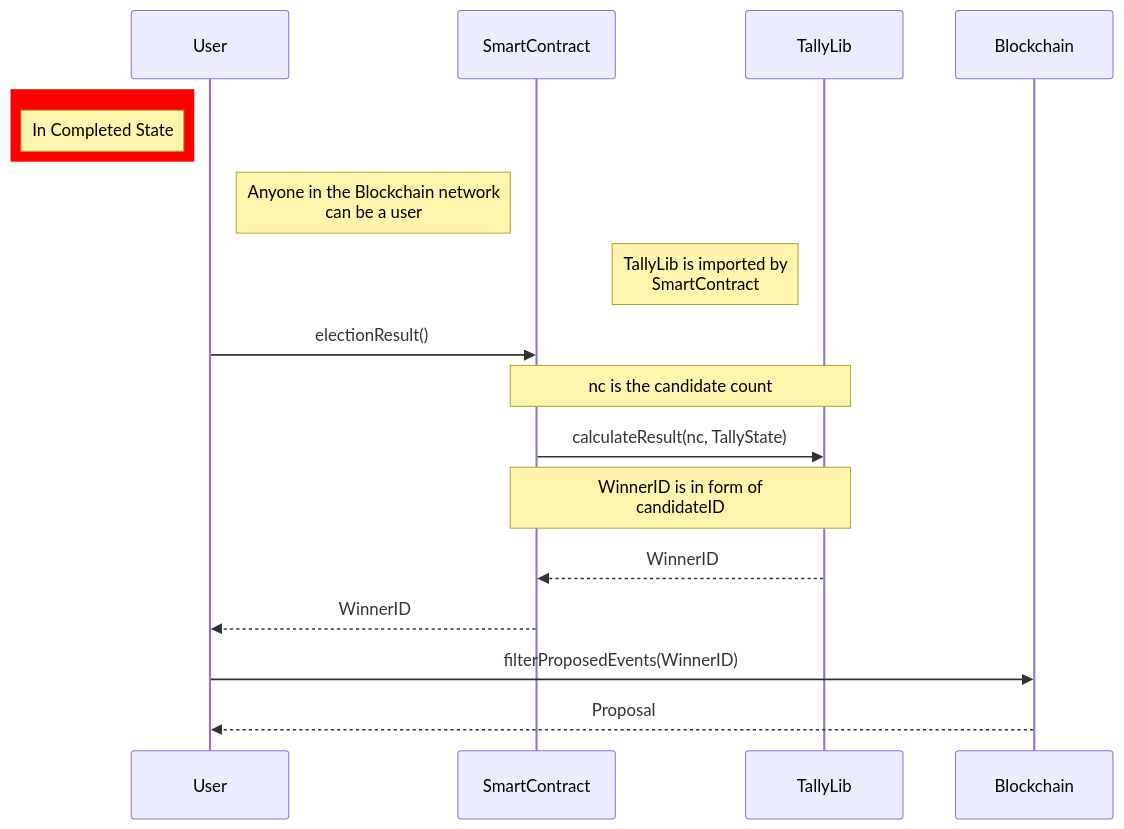
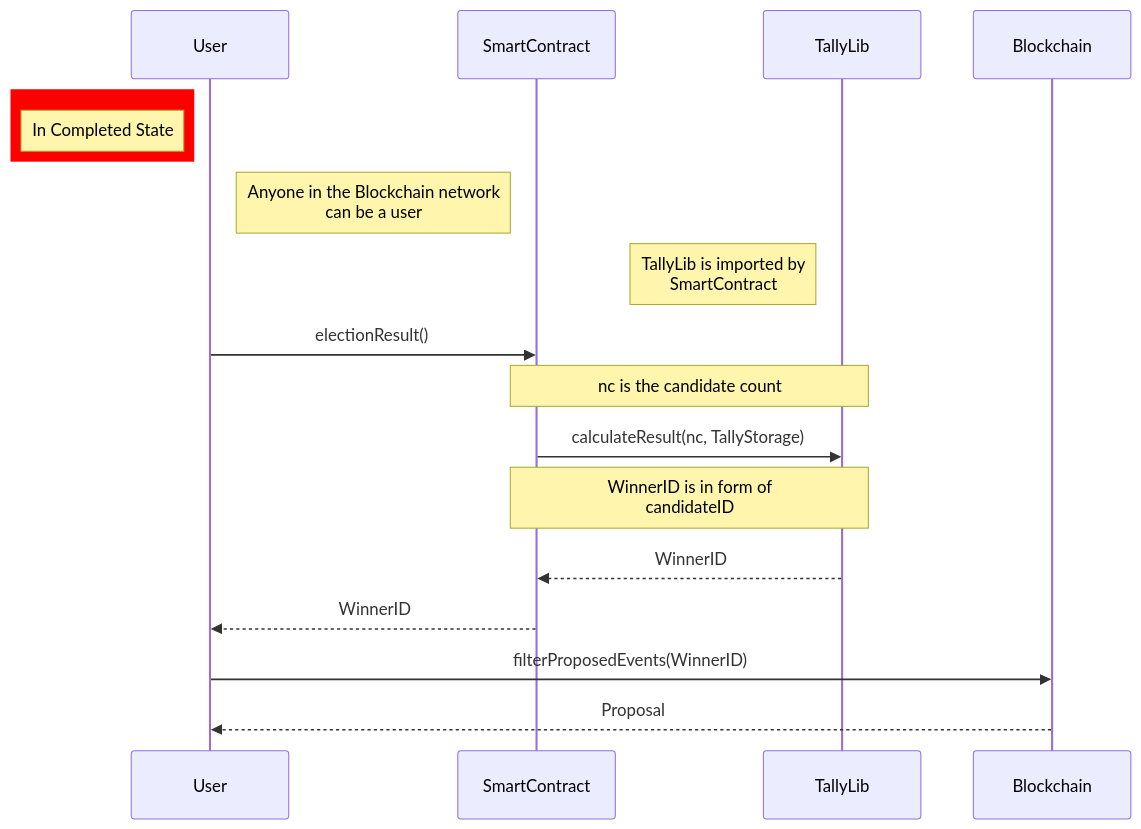
Before and after one commit to ceyonur/electanon: the diagram in docs/flows/basic/election-result.mmd, drawn with Mermaid. The commit also changed 3 other files, not shown here.

```diff
--- a/docs/flows/basic/election-result.mmd
+++ b/docs/flows/basic/election-result.mmd
@@ -1,19 +1,19 @@
 sequenceDiagram
 rect rgb(255, 0, 0)
 note left of User: In Completed State
 end
 participant User
 note right of User: Anyone in the Blockchain network <br> can be a user
 participant SC as SmartContract
 note left of TallyLib: TallyLib is imported by <br> SmartContract
 participant TallyLib
 
 
 User->>SC: electionResult()
 Note over SC, TallyLib: nc is the candidate count
-SC ->> TallyLib: calculateResult(nc, TallyState);
+SC ->> TallyLib: calculateResult(nc, TallyStorage);
 Note over TallyLib, SC: WinnerID is in form of <br> candidateID
 TallyLib -->>SC: WinnerID
 SC -->>User: WinnerID
 User ->>Blockchain: filterProposedEvents(WinnerID)
 Blockchain -->>User: Proposal
```
